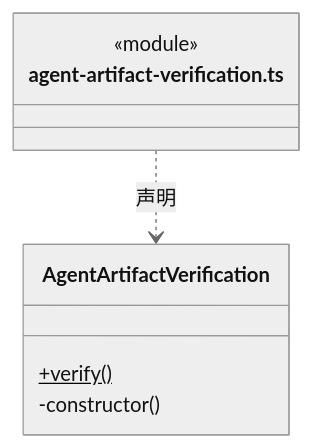
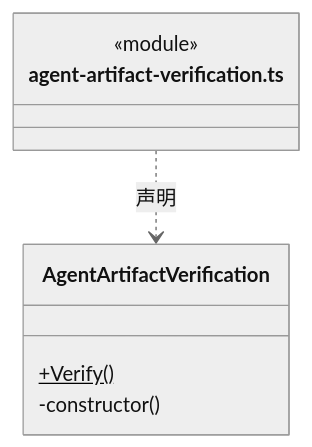
The first of 23 diagrams in src/logic/evidence/runtime/ARCHITECTURE.md (nan023062/cbim), drawn with Mermaid (neutral theme) before and after one commit. The commit also changed other lines of this file and 1035 other files, not shown here.

````diff
--- a/src/logic/evidence/runtime/ARCHITECTURE.md
+++ b/src/logic/evidence/runtime/ARCHITECTURE.md
@@ -35,11 +35,11 @@
 ```mermaid
 classDiagram
 class N_src_logic_evidence_runtime_agent_artifact_verification_ts["agent-artifact-verification.ts"] {
   <<module>>
 }
 class N_src_logic_evidence_runtime_agent_artifact_verification_ts_AgentArtifactVerification["AgentArtifactVerification"] {
-  +verify()$
+  +Verify()$
   -constructor()
 }
 N_src_logic_evidence_runtime_agent_artifact_verification_ts ..> N_src_logic_evidence_runtime_agent_artifact_verification_ts_AgentArtifactVerification : 声明
 ```
````
